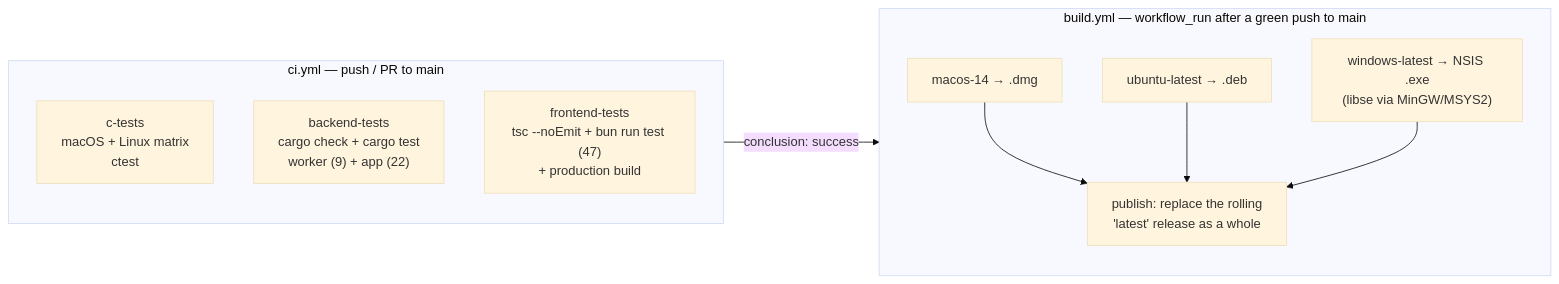
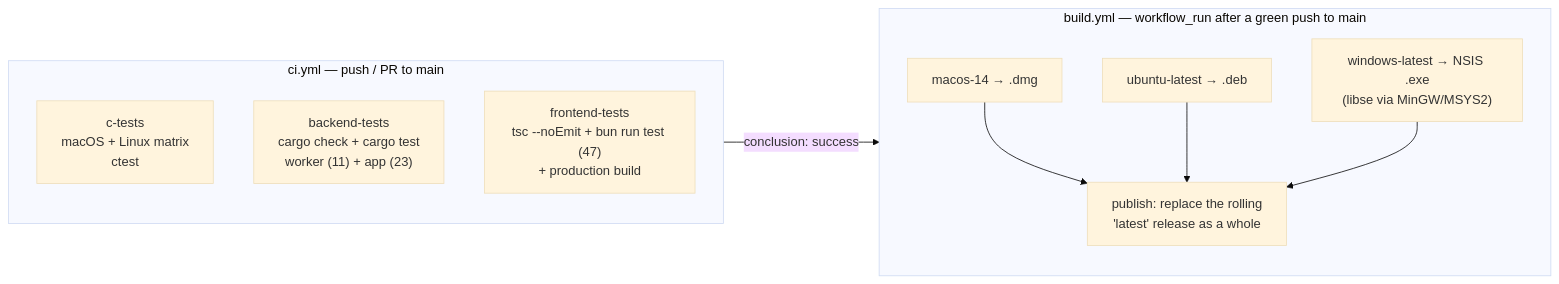
One commit to sersergious/surface-evolver changed the sixth of 6 diagrams in ARCHITECTURE.md. Above: the diagram before and after it, drawn with Mermaid (base theme). The commit also changed other lines of this file and 14 other files, not shown here.

````diff
--- a/ARCHITECTURE.md
+++ b/ARCHITECTURE.md
@@ -293,19 +293,19 @@
 ```mermaid
 flowchart LR
     subgraph CI["ci.yml — push / PR to main"]
         direction TB
         C1["c-tests<br/>macOS + Linux matrix<br/>ctest"]
-        C2["backend-tests<br/>cargo check + cargo test<br/>worker (9) + app (22)"]
+        C2["backend-tests<br/>cargo check + cargo test<br/>worker (11) + app (23)"]
         C3["frontend-tests<br/>tsc --noEmit + bun run test (47)<br/>+ production build"]
     end
     subgraph BUILD["build.yml — workflow_run after a green push to main"]
         direction TB
         B1["macos-14 → .dmg"]
         B2["ubuntu-latest → .deb"]
         B3["windows-latest → NSIS .exe<br/>(libse via MinGW/MSYS2)"]
         B1 --> REL["publish: replace the rolling<br/>'latest' release as a whole"]
         B2 --> REL
         B3 --> REL
     end
     CI -- "conclusion: success" --> BUILD
 ```
````
